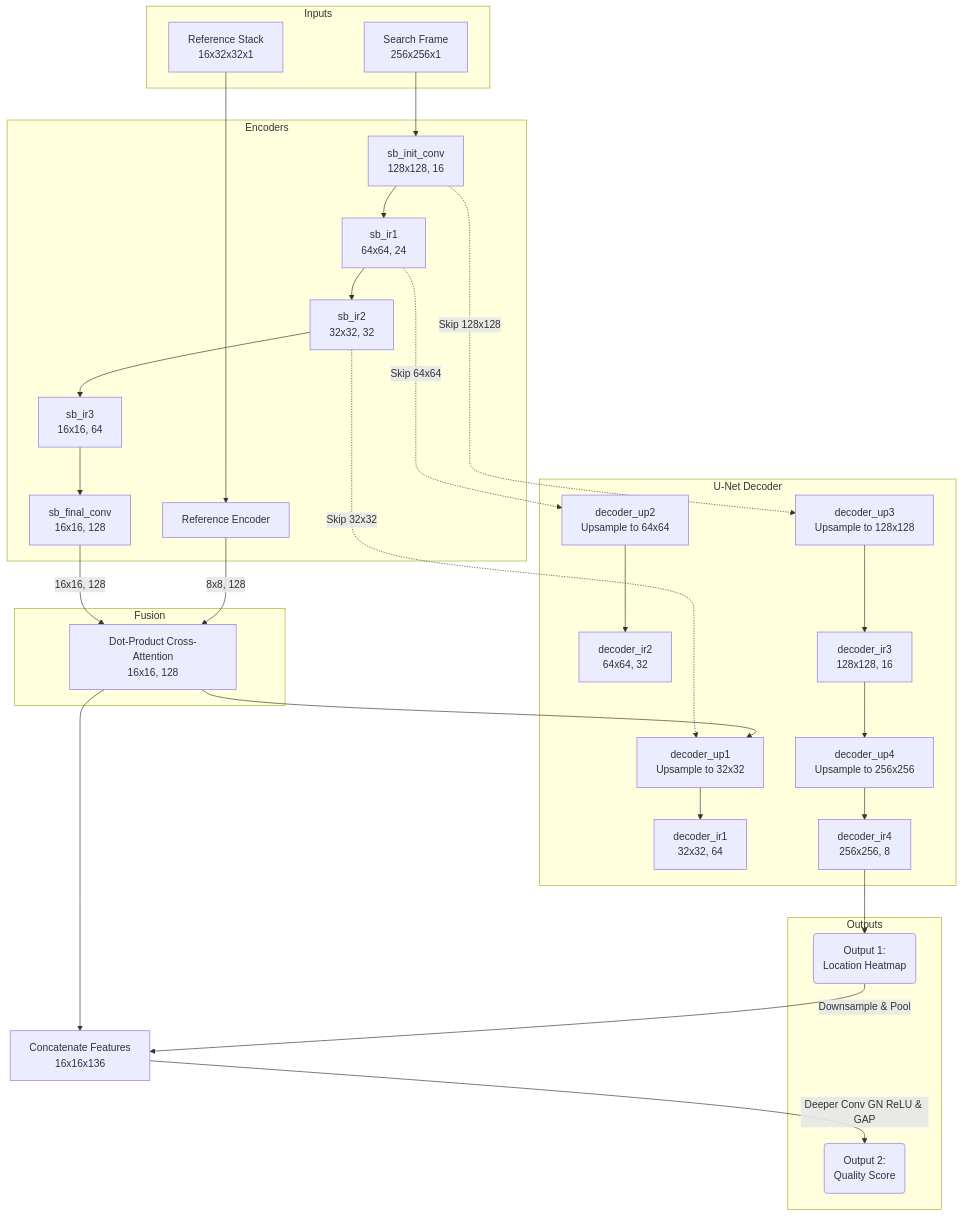
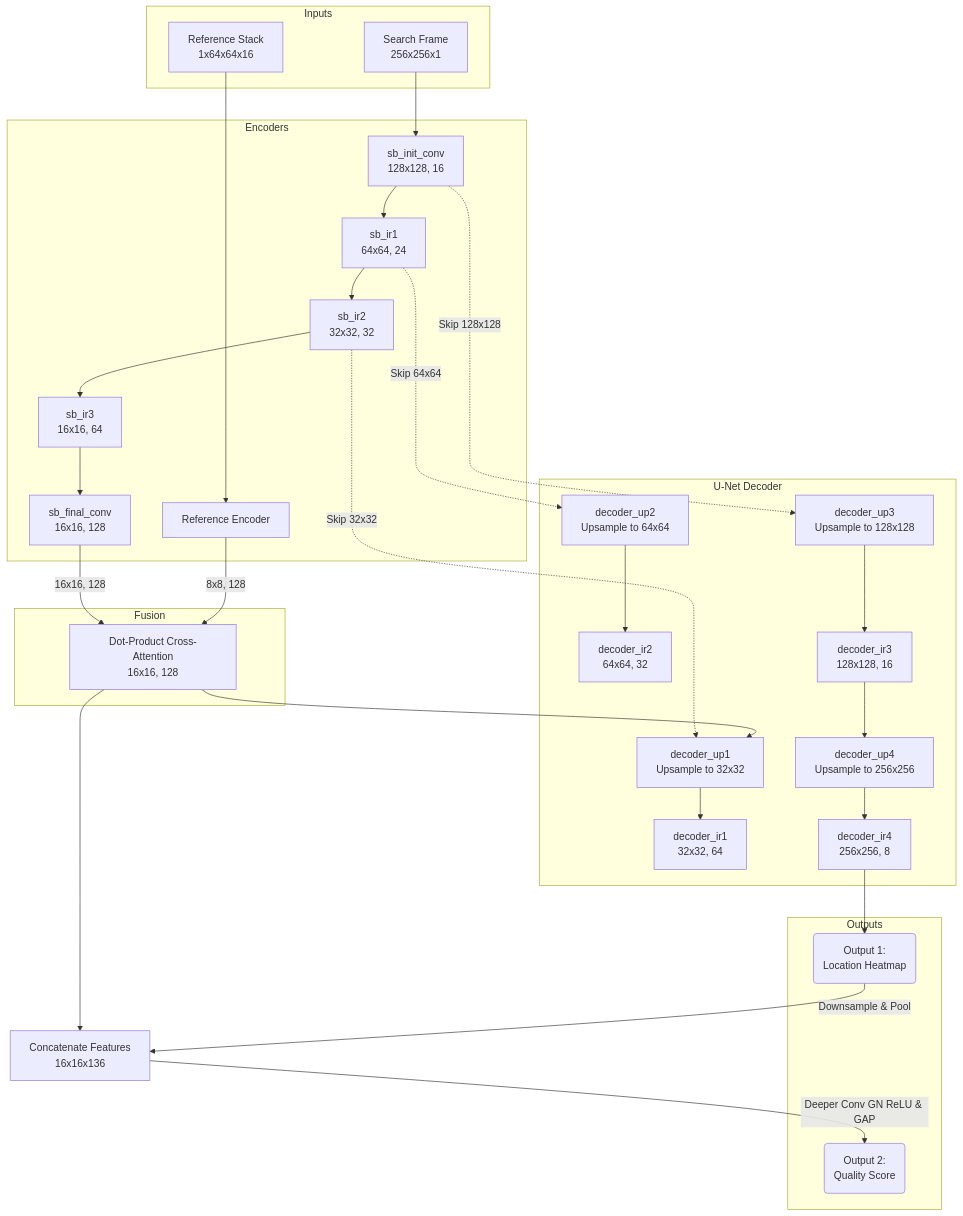
The diagram in training/tracker/tracker_ver4/README.md (elazarkin82/smart_rahfan), drawn with Mermaid before and after one commit. The commit also changed other lines of this file and 22 other files, not shown here.

````diff
--- a/training/tracker/tracker_ver4/README.md
+++ b/training/tracker/tracker_ver4/README.md
@@ -71,71 +71,71 @@
 ```mermaid
 graph TD
     %% Inputs
     subgraph Inputs
-        Ref[Reference Stack<br/>16x32x32x1]
+        Ref[Reference Stack<br/>1x64x64x16]
         Search[Search Frame<br/>256x256x1]
     end
 
     %% Encoders
     subgraph Encoders
         RefEnc[Reference Encoder]
         SB_Init[sb_init_conv<br/>128x128, 16]
         SB_IR1[sb_ir1<br/>64x64, 24]
         SB_IR2[sb_ir2<br/>32x32, 32]
         SB_IR3[sb_ir3<br/>16x16, 64]
         SB_Final[sb_final_conv<br/>16x16, 128]
     end
 
     Ref --> RefEnc
     Search --> SB_Init
     SB_Init --> SB_IR1
     SB_IR1 --> SB_IR2
     SB_IR2 --> SB_IR3
     SB_IR3 --> SB_Final
 
     %% Attention
     subgraph Fusion
         Attn[Dot-Product Cross-Attention<br/>16x16, 128]
     end
     RefEnc -->|8x8, 128| Attn
     SB_Final -->|16x16, 128| Attn
 
     %% Decoder
     subgraph U-Net Decoder
         Dec_Up1[decoder_up1<br/>Upsample to 32x32]
         Dec_IR1[decoder_ir1<br/>32x32, 64]
         Dec_Up2[decoder_up2<br/>Upsample to 64x64]
         Dec_IR2[decoder_ir2<br/>64x64, 32]
         Dec_Up3[decoder_up3<br/>Upsample to 128x128]
         Dec_IR3[decoder_ir3<br/>128x128, 16]
         Dec_Up4[decoder_up4<br/>Upsample to 256x256]
         Dec_IR4[decoder_ir4<br/>256x256, 8]
     end
 
     Attn --> Dec_Up1
     
     %% Skip Connections
     SB_IR2 -.->|Skip 32x32| Dec_Up1
     Dec_Up1 --> Dec_IR1
     
     SB_IR1 -.->|Skip 64x64| Dec_Up2
     Dec_Up2 --> Dec_IR2
     
     SB_Init -.->|Skip 128x128| Dec_Up3
     Dec_Up3 --> Dec_IR3
     
     Dec_IR3 --> Dec_Up4
     Dec_Up4 --> Dec_IR4
 
     %% Outputs
     subgraph Outputs
         Out_HM(Output 1:<br/>Location Heatmap)
         Out_Q(Output 2:<br/>Quality Score)
     end
     Dec_IR4 --> Out_HM
     
     %% Heatmap Guided Quality Connection
     Out_HM -->|Downsample & Pool| Q_Fuse[Concatenate Features<br/>16x16x136]
     Attn --> Q_Fuse
     Q_Fuse -->|Deeper Conv GN ReLU & GAP| Out_Q
 ```
````
